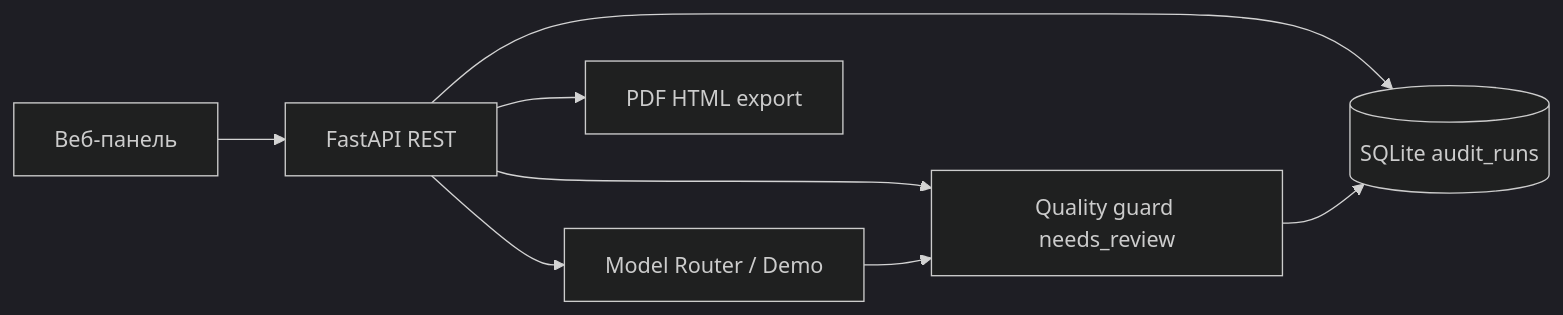
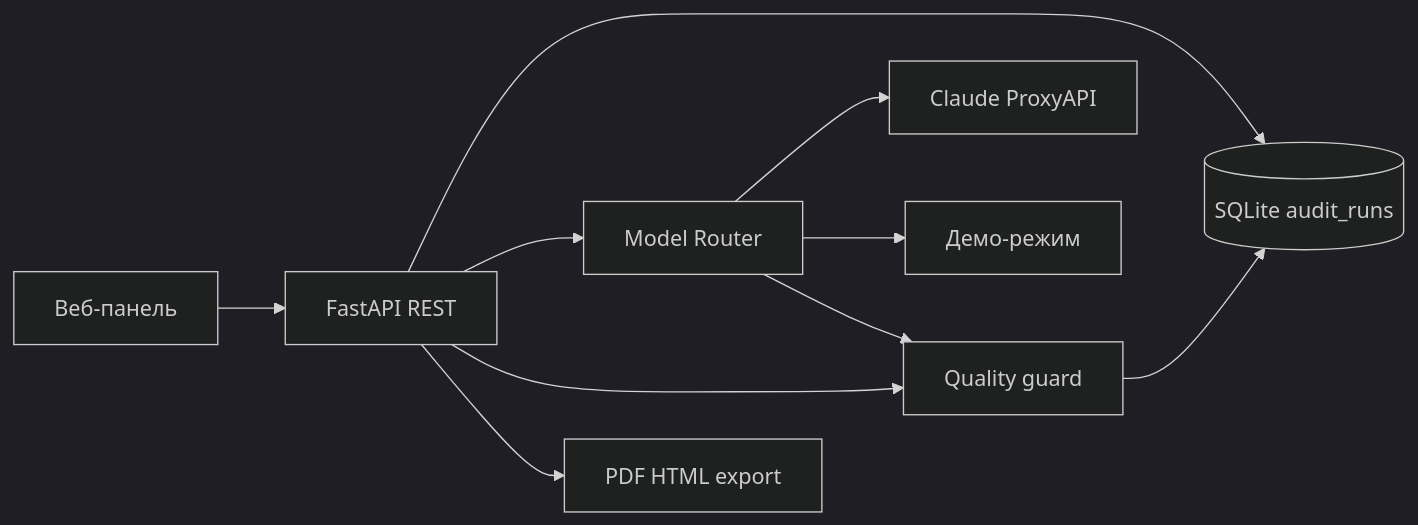
One commit to Ekaterina-Kotendzhi/PPC-Audit-Workspace-v.0 changed the diagram in README.md. Above: the diagram before and after it, drawn with Mermaid (dark theme). The commit also changed other lines of this file and 5 other files, not shown here.

First line of the commit message:
docs: пакет сдачи — отчёт со схемами, чеклисты, воспроизводимость

````diff
--- a/README.md
+++ b/README.md
@@ -122,10 +154,12 @@
 ```mermaid
 flowchart LR
     UI[Веб-панель] --> API[FastAPI REST]
     API --> DB[(SQLite audit_runs)]
-    API --> LLM[Model Router / Demo]
-    API --> QC[Quality guard needs_review]
+    API --> MR[Model Router]
+    MR --> Claude[Claude ProxyAPI]
+    MR --> Demo[Демо-режим]
+    API --> QC[Quality guard]
     API --> PDF[PDF HTML export]
-    LLM --> QC
+    MR --> QC
     QC --> DB
 ```
````
